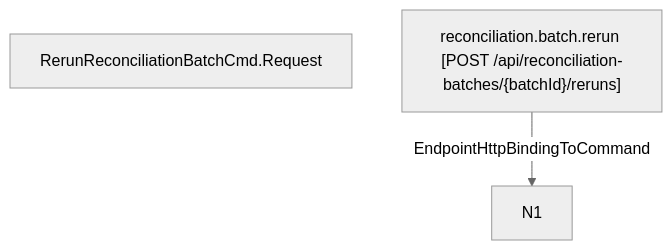
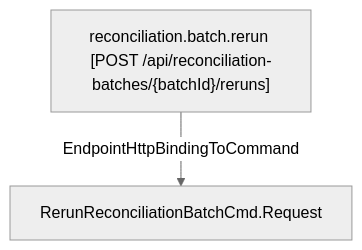
One commit to LDmoxeii/cap4k-reference-payment changed the diagram in flows/endpoint_http_reconciliation_batch_rerun.mmd. Above: the diagram before and after it, drawn with Mermaid (neutral theme). The commit also changed other lines of this file and 90 other files, not shown here.

```diff
--- a/flows/endpoint_http_reconciliation_batch_rerun.mmd
+++ b/flows/endpoint_http_reconciliation_batch_rerun.mmd
@@ -1,4 +1,4 @@
 flowchart TD
   N1["RerunReconciliationBatchCmd.Request"]
   N2["reconciliation.batch.rerun [POST /api/reconciliation-batches/{batchId}/reruns]"]
-  N2 -->|EndpointHttpBindingToCommand| N1\n
+  N2 -->|EndpointHttpBindingToCommand| N1
```
